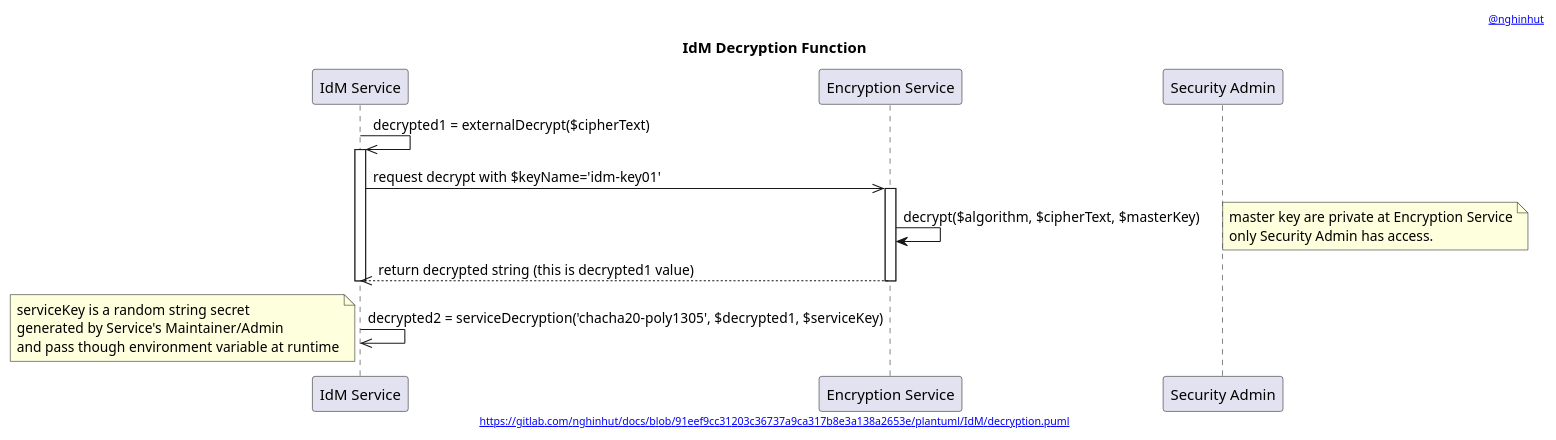
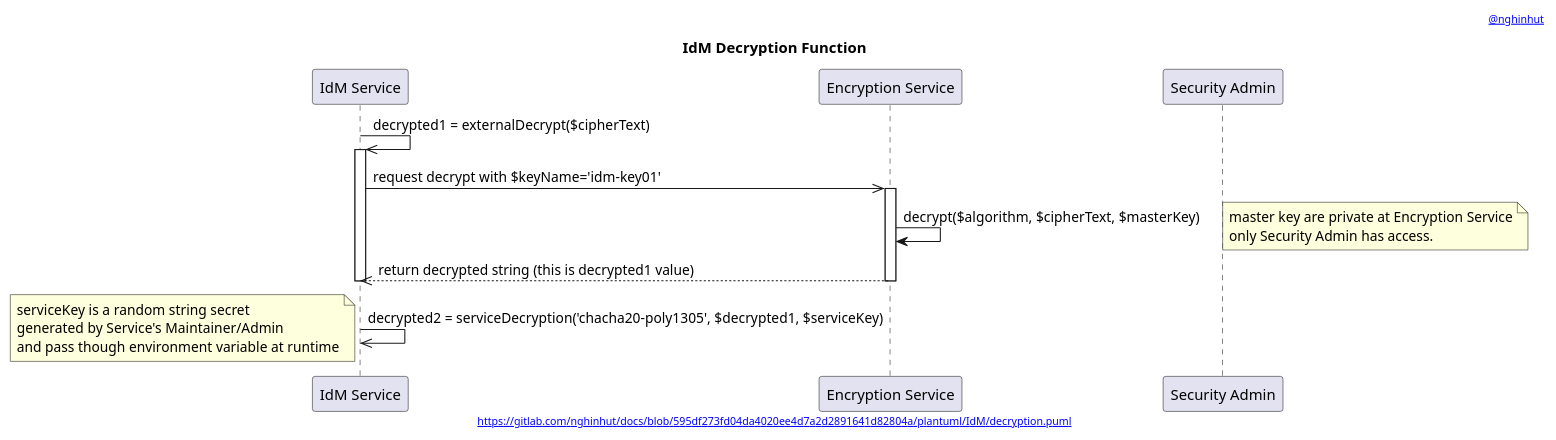
The diagram in plantuml/IdM/decryption.function.puml (nghinhut/docs), drawn with PlantUML before and after one commit. The commit also changed 24 other files, not shown here.

Commit message:
docs(plantuml): update headers

```diff
--- a/plantuml/IdM/decryption.function.puml
+++ b/plantuml/IdM/decryption.function.puml
@@ -1,32 +1,32 @@
 @startuml
 '-----START auto generated metadata please keep comment here to allow auto update-----
 '-----DON'T EDIT THIS SECTION, INSTEAD RE-RUN prebuild.sh TO UPDATE-----
-header [[https://www.nghinhut.dev?from=http%5C%3A%5C%2F%5C%2Fwww%5C.plantuml%5C.com%5C%2Fplantuml%5C%2Fproxy%3Ffmt%3Dsvg%5C%26src%3Dhttps%5C%3A%5C%2F%5C%2Fgitlab%5C.com%5C%2Fnghinhut%5C%2Fdocs%5C%2Fraw%5C%2F91eef9cc31203c36737a9ca317b8e3a138a2653e%5C%2Fplantuml%5C%2FIdM%5C%2Fdecryption%5C.puml%0A @nghinhut]]
-footer [[http://www.plantuml.com/plantuml/proxy?fmt=svg&src=https://gitlab.com/nghinhut/docs/raw/91eef9cc31203c36737a9ca317b8e3a138a2653e/plantuml/IdM/decryption.puml https://gitlab.com/nghinhut/docs/blob/91eef9cc31203c36737a9ca317b8e3a138a2653e/plantuml/IdM/decryption.puml]]
+header [[https://www.nghinhut.dev?from=http%5C%3A%5C%2F%5C%2Fwww%5C.plantuml%5C.com%5C%2Fplantuml%5C%2Fproxy%3Ffmt%3Dsvg%5C%26src%3Dhttps%5C%3A%5C%2F%5C%2Fgitlab%5C.com%5C%2Fnghinhut%5C%2Fdocs%5C%2Fraw%5C%2F595df273fd04da4020ee4d7a2d2891641d82804a%5C%2Fplantuml%5C%2FIdM%5C%2Fdecryption%5C.puml%0A @nghinhut]]
+footer [[http://www.plantuml.com/plantuml/proxy?fmt=svg&src=https://gitlab.com/nghinhut/docs/raw/595df273fd04da4020ee4d7a2d2891641d82804a/plantuml/IdM/decryption.puml https://gitlab.com/nghinhut/docs/blob/595df273fd04da4020ee4d7a2d2891641d82804a/plantuml/IdM/decryption.puml]]
 '-----END auto generated metadata please keep comment here to allow auto update-----
 title IdM Decryption Function
 participant "IdM Service" as idm
 participant "Encryption Service" as es
 participant "Security Admin" as esAdmin
 
 
 idm ->> idm : decrypted1 = externalDecrypt($cipherText)
 activate idm
     idm ->> es : request decrypt with $keyName='idm-key01'
     activate es
         es -> es : decrypt($algorithm, $cipherText, $masterKey)
         note right
             master key are private at Encryption Service
             only Security Admin has access.
         end note
         idm <<-- es : return decrypted string (this is decrypted1 value)
     deactivate es
 deactivate idm
 
 idm ->> idm : decrypted2 = serviceDecryption('chacha20-poly1305', $decrypted1, $serviceKey)
 note left
     serviceKey is a random string secret
     generated by Service's Maintainer/Admin
     and pass though environment variable at runtime
 end note
 @enduml
```
